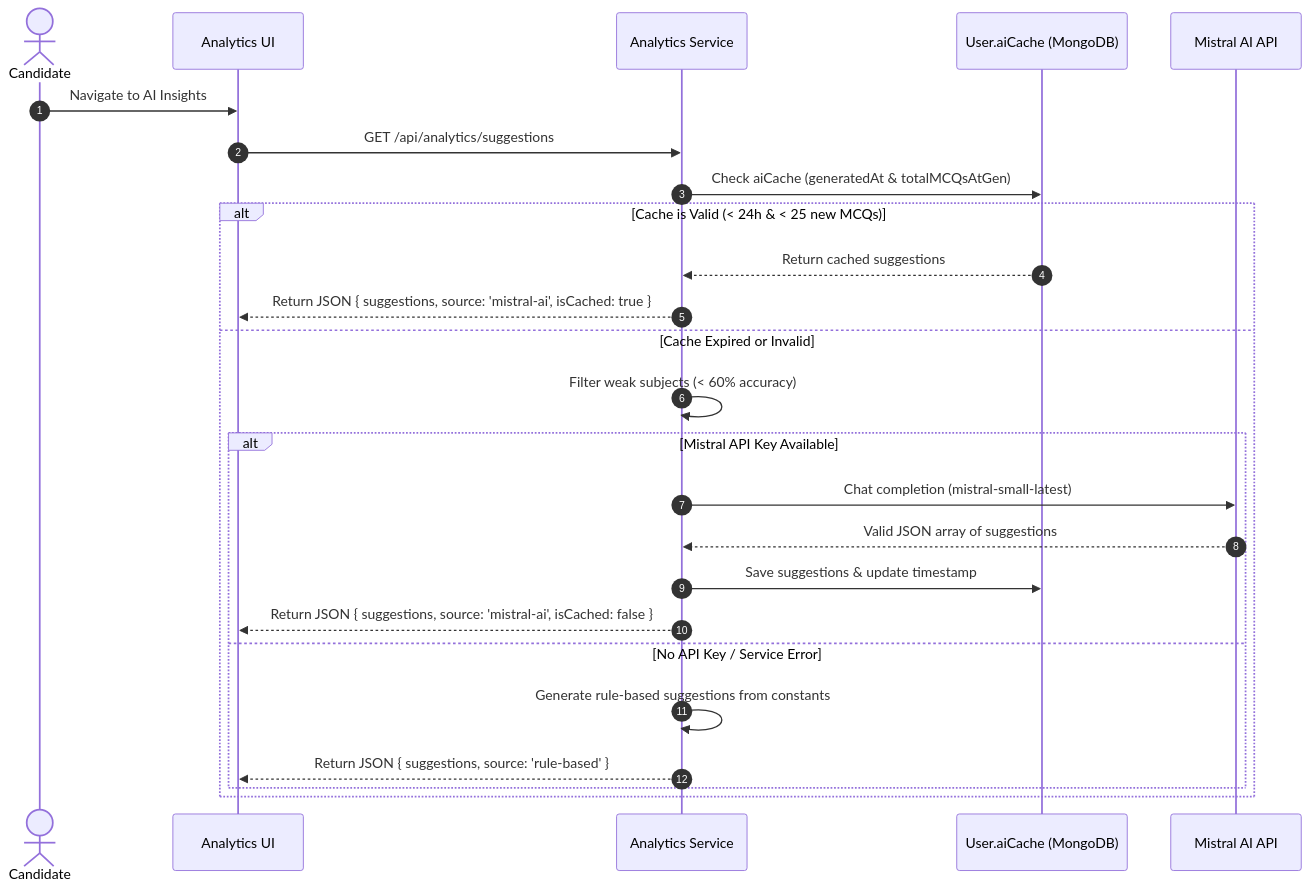
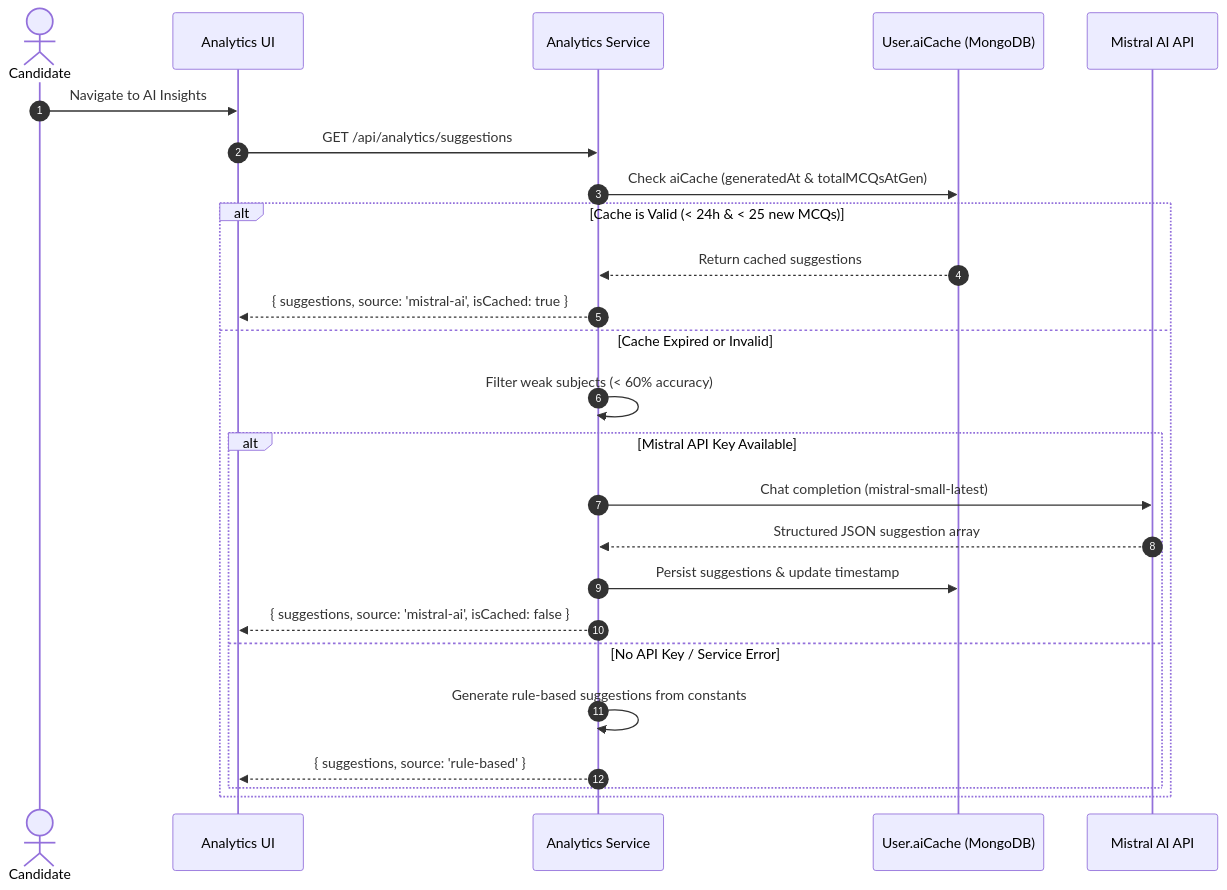
One commit to Ramiz1323/PrepZone changed the second of 3 diagrams in README.md. Above: the diagram before and after it, drawn with Mermaid. The commit also changed other lines of this file, not shown here.

````diff
--- a/README.md
+++ b/README.md
@@ -496,29 +215,29 @@
 ```mermaid
 sequenceDiagram
     autonumber
     actor User as Candidate
     participant UI as Analytics UI
     participant Service as Analytics Service
     participant Cache as User.aiCache (MongoDB)
     participant Mistral as Mistral AI API
 
     User->>UI: Navigate to AI Insights
     UI->>Service: GET /api/analytics/suggestions
     Service->>Cache: Check aiCache (generatedAt & totalMCQsAtGen)
-    
+
     alt Cache is Valid (< 24h & < 25 new MCQs)
         Cache-->>Service: Return cached suggestions
-        Service-->>UI: Return JSON { suggestions, source: 'mistral-ai', isCached: true }
+        Service-->>UI: { suggestions, source: 'mistral-ai', isCached: true }
     else Cache Expired or Invalid
         Service->>Service: Filter weak subjects (< 60% accuracy)
         alt Mistral API Key Available
             Service->>Mistral: Chat completion (mistral-small-latest)
-            Mistral-->>Service: Valid JSON array of suggestions
-            Service->>Cache: Save suggestions & update timestamp
-            Service-->>UI: Return JSON { suggestions, source: 'mistral-ai', isCached: false }
+            Mistral-->>Service: Structured JSON suggestion array
+            Service->>Cache: Persist suggestions & update timestamp
+            Service-->>UI: { suggestions, source: 'mistral-ai', isCached: false }
         else No API Key / Service Error
             Service->>Service: Generate rule-based suggestions from constants
-            Service-->>UI: Return JSON { suggestions, source: 'rule-based' }
+            Service-->>UI: { suggestions, source: 'rule-based' }
         end
     end
 ```
````
